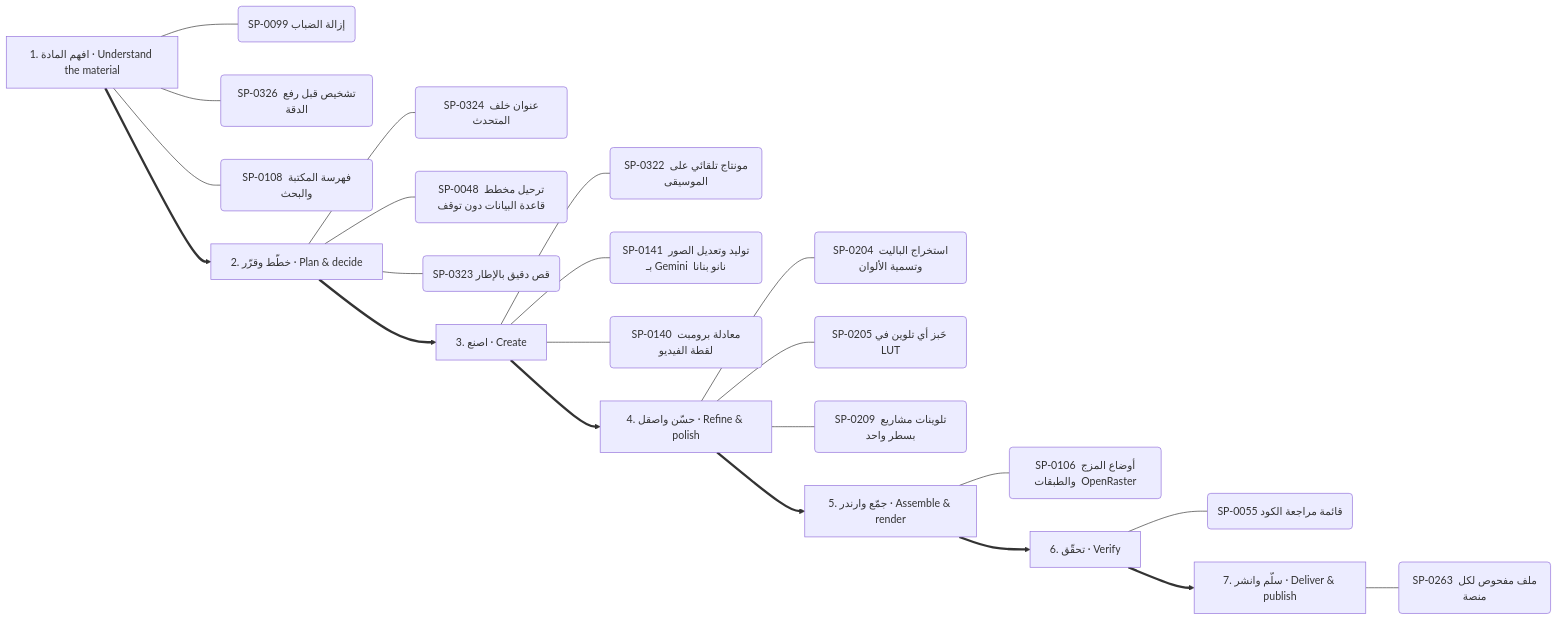
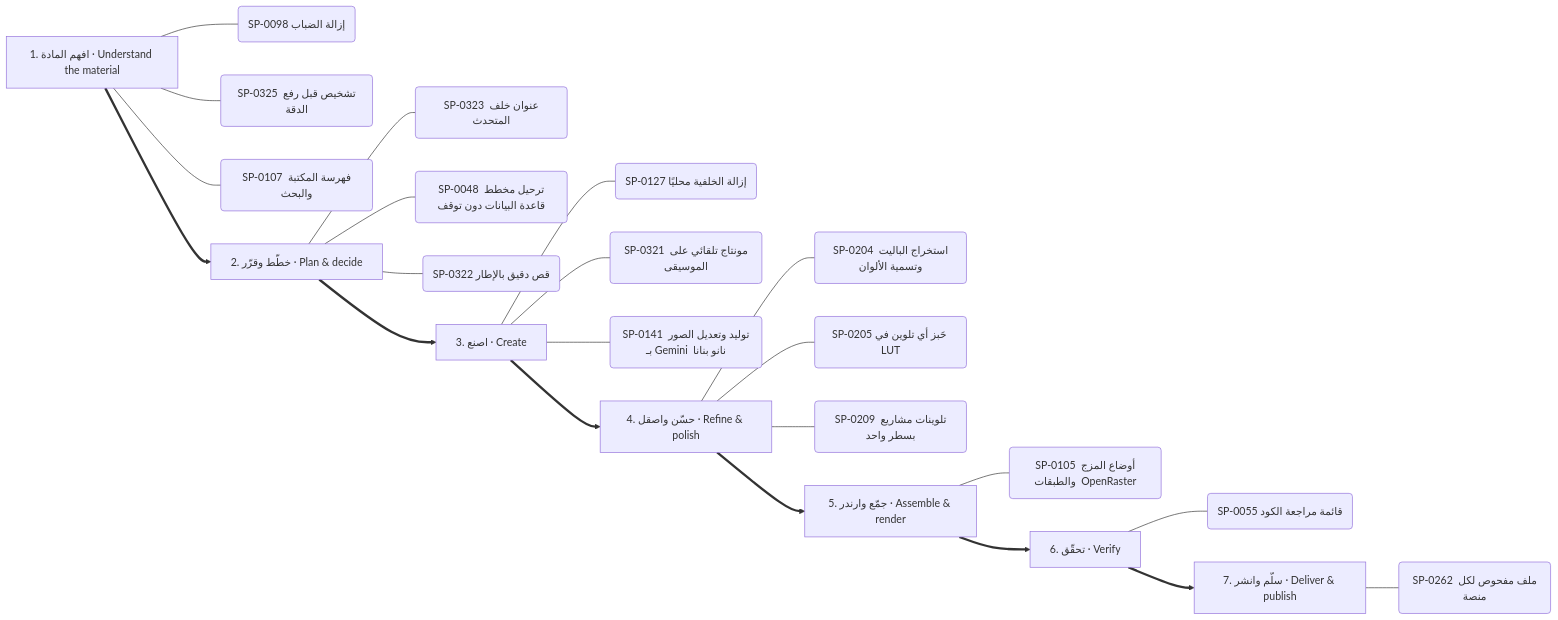
The seventh of 13 diagrams in .claude/skills/kosif-superpowers/references/capability-mindmap.md (kosif199022-jpg/kosif-tool), drawn with Mermaid before and after one commit. The commit also changed other lines of this file and 61 other files, not shown here.

````diff
--- a/.claude/skills/kosif-superpowers/references/capability-mindmap.md
+++ b/.claude/skills/kosif-superpowers/references/capability-mindmap.md
@@ -362,31 +363,31 @@
 ```mermaid
 flowchart LR
   S0["1. افهم المادة · Understand the material"]
-  S0 --- S0_0("SP-0099 إزالة الضباب")
-  S0 --- S0_1("SP-0326 تشخيص قبل رفع الدقة")
-  S0 --- S0_2("SP-0108 فهرسة المكتبة والبحث")
+  S0 --- S0_0("SP-0098 إزالة الضباب")
+  S0 --- S0_1("SP-0325 تشخيص قبل رفع الدقة")
+  S0 --- S0_2("SP-0107 فهرسة المكتبة والبحث")
   S1["2. خطّط وقرّر · Plan & decide"]
-  S1 --- S1_0("SP-0324 عنوان خلف المتحدث")
+  S1 --- S1_0("SP-0323 عنوان خلف المتحدث")
   S1 --- S1_1("SP-0048 ترحيل مخطط قاعدة البيانات دون توقف")
-  S1 --- S1_2("SP-0323 قص دقيق بالإطار")
+  S1 --- S1_2("SP-0322 قص دقيق بالإطار")
   S0 ==> S1
   S2["3. اصنع · Create"]
-  S2 --- S2_0("SP-0322 مونتاج تلقائي على الموسيقى")
-  S2 --- S2_1("SP-0141 توليد وتعديل الصور بـ Gemini  نانو بنانا ")
-  S2 --- S2_2("SP-0140 معادلة برومبت لقطة الفيديو")
+  S2 --- S2_0("SP-0127 إزالة الخلفية محليًا")
+  S2 --- S2_1("SP-0321 مونتاج تلقائي على الموسيقى")
+  S2 --- S2_2("SP-0141 توليد وتعديل الصور بـ Gemini  نانو بنانا ")
   S1 ==> S2
   S3["4. حسّن واصقل · Refine & polish"]
   S3 --- S3_0("SP-0204 استخراج الباليت وتسمية الألوان")
   S3 --- S3_1("SP-0205 خَبز أي تلوين في LUT")
   S3 --- S3_2("SP-0209 تلوينات مشاريع بسطر واحد")
   S2 ==> S3
   S4["5. جمّع وارندر · Assemble & render"]
-  S4 --- S4_0("SP-0106 أوضاع المزج والطبقات  OpenRaster ")
+  S4 --- S4_0("SP-0105 أوضاع المزج والطبقات  OpenRaster ")
   S3 ==> S4
   S5["6. تحقّق · Verify"]
   S5 --- S5_0("SP-0055 قائمة مراجعة الكود")
   S4 ==> S5
   S6["7. سلّم وانشر · Deliver & publish"]
-  S6 --- S6_0("SP-0263 ملف مفحوص لكل منصة")
+  S6 --- S6_0("SP-0262 ملف مفحوص لكل منصة")
   S5 ==> S6
 ```
````
